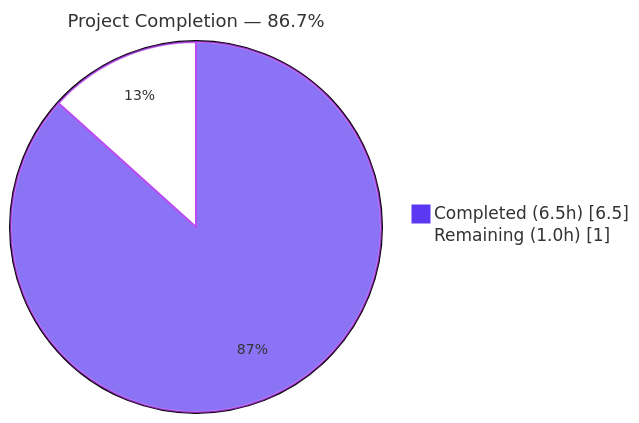
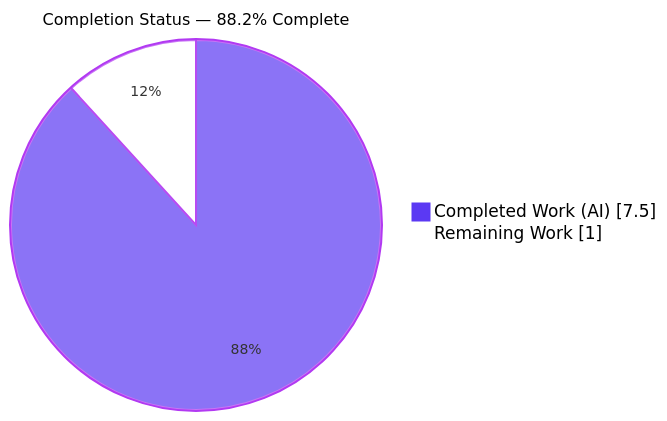
The first of 4 diagrams in blitzy/documentation/Project Guide.md (shaliniblitzy/Check11May), drawn with Mermaid before and after one commit. The commit also changed other lines of this file, not shown here.

Commit message:
Adding Blitzy Project Guide: Project Status and Human Tasks Remaining

````diff
--- a/blitzy/documentation/Project Guide.md
+++ b/blitzy/documentation/Project Guide.md
@@ -15,6 +16,6 @@
 ```mermaid
-%%{init: {'theme':'base', 'themeVariables': {'pie1': '#5B39F3', 'pie2': '#FFFFFF', 'pieStrokeColor': '#B23AF2', 'pieStrokeWidth': '2px', 'pieTitleTextSize': '18px', 'pieSectionTextSize': '14px'}}}%%
-pie showData title Project Completion — 86.7%
-    "Completed (6.5h)" : 6.5
-    "Remaining (1.0h)" : 1.0
+%%{init: {"themeVariables": {"pie1": "#5B39F3", "pie2": "#FFFFFF", "pieStrokeColor": "#B23AF2", "pieOuterStrokeColor": "#B23AF2", "pieTitleTextSize": "16px", "pieSectionTextSize": "14px"}}}%%
+pie showData title Completion Status — 88.2% Complete
+    "Completed Work (AI)" : 7.5
+    "Remaining Work" : 1.0
 ```
````
